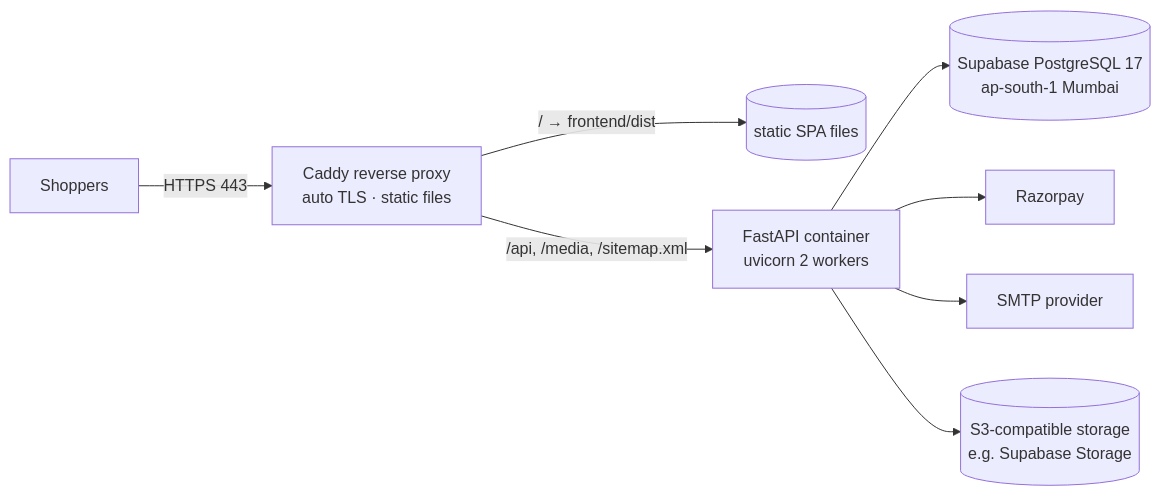
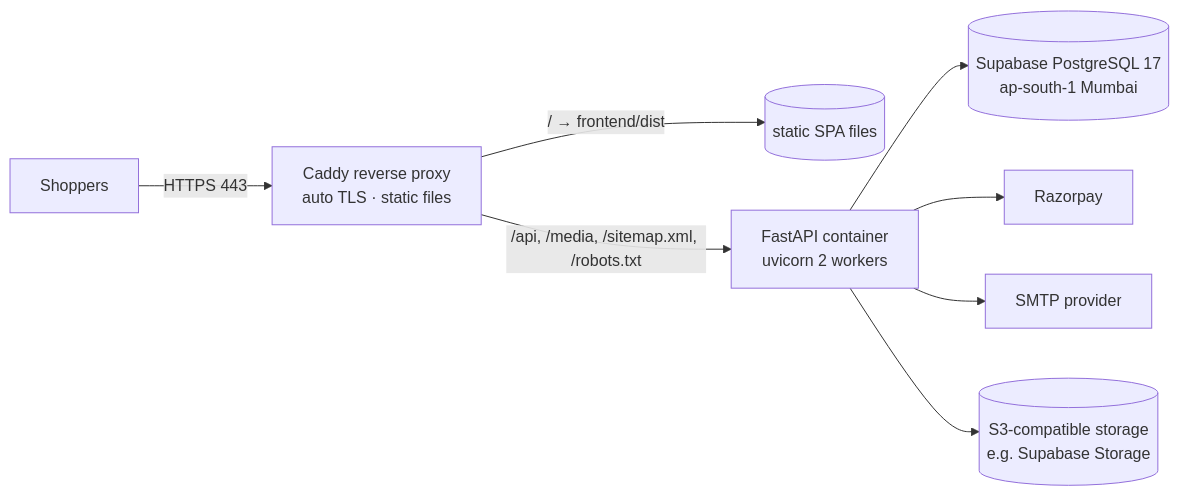
One commit to carthicku/anvika-jewellery changed the diagram in docs/operations/DEPLOYMENT.md. Above: the diagram before and after it, drawn with Mermaid. The commit also changed other lines of this file and 18 other files, not shown here.

````diff
--- a/docs/operations/DEPLOYMENT.md
+++ b/docs/operations/DEPLOYMENT.md
@@ -9,10 +9,10 @@
 ```mermaid
 flowchart LR
     U[Shoppers] -->|HTTPS 443| C[Caddy reverse proxy<br/>auto TLS · static files]
     C -->|/ → frontend/dist| S[(static SPA files)]
-    C -->|/api, /media, /sitemap.xml| A[FastAPI container<br/>uvicorn 2 workers]
+    C -->|/api, /media, /sitemap.xml, /robots.txt| A[FastAPI container<br/>uvicorn 2 workers]
     A --> D[(Supabase PostgreSQL 17<br/>ap-south-1 Mumbai)]
     A --> R[Razorpay]
     A --> M[SMTP provider]
     A --> O[(S3-compatible storage<br/>e.g. Supabase Storage)]
 ```
````
